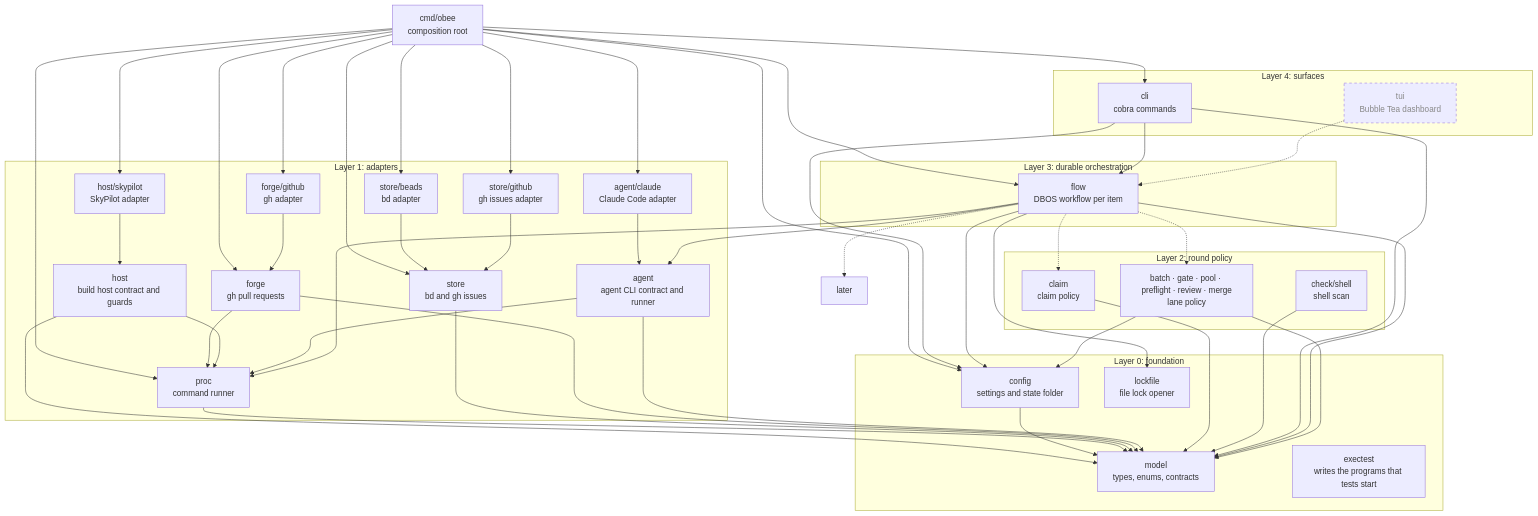
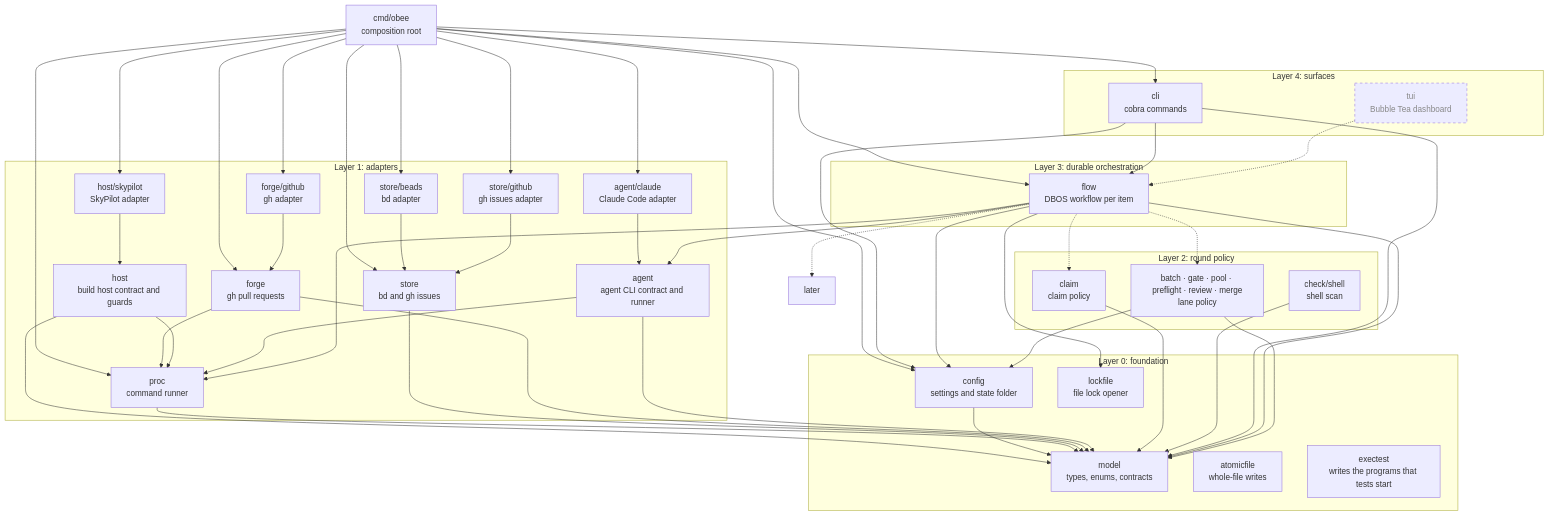
The first of 3 diagrams in docs/architecture.md (tobocop2/beehave), drawn with Mermaid before and after one commit. The commit also changed other lines of this file and 18 other files, not shown here.

```diff
--- a/docs/architecture.md
+++ b/docs/architecture.md
@@ -147,6 +147,7 @@
         config["config<br/>settings and state folder"]
         model["model<br/>types, enums, contracts"]
         lockfile["lockfile<br/>file lock opener"]
+        atomicfile["atomicfile<br/>whole-file writes"]
         exectest["exectest<br/>writes the programs that tests start"]
     end
 
```
